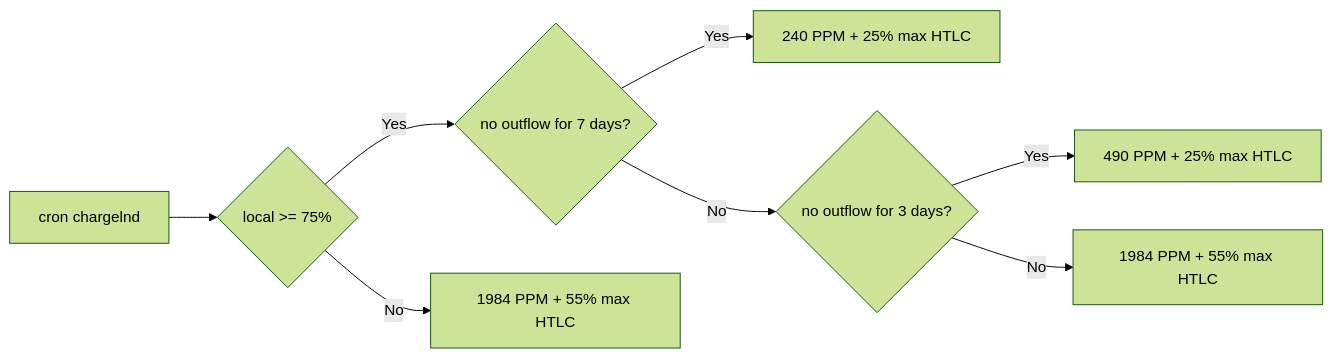
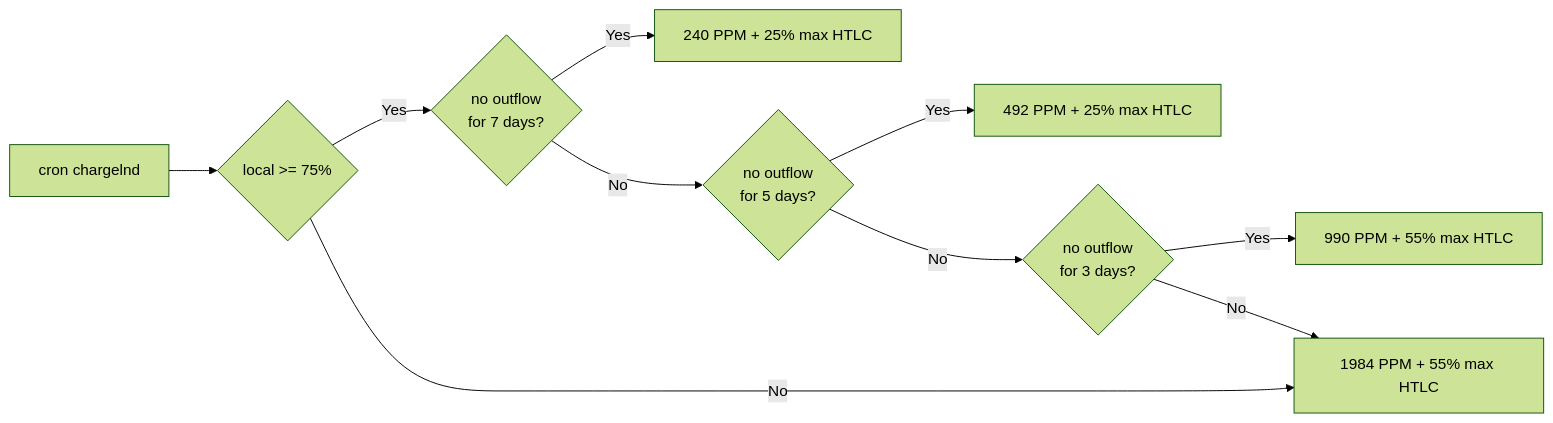
One commit to zapomatic/zap_lnd_tools changed the first of 2 diagrams in README.md. Above: the diagram before and after it, drawn with Mermaid (forest theme). The commit also changed other lines of this file and 1 other file, not shown here.

````diff
--- a/README.md
+++ b/README.md
@@ -48,10 +48,12 @@
 ```mermaid
 flowchart LR
     A[cron chargelnd] --> B{local >= 75%}
-    B -->|Yes| C{no outflow for 7 days?}
-    B -->|No| H[1984 PPM + 55% max HTLC]
-    C -->|Yes| D[240 PPM + 25% max HTLC]
-    C -->|No| E{no outflow for 3 days?}
-    E -->|Yes| F[490 PPM + 25% max HTLC]
-    E -->|No| G[1984 PPM + 55% max HTLC]
+    B -->|Yes| C{no outflow\n for 7 days?}
+    B -->|No| D[1984 PPM + 55% max HTLC]
+    C -->|Yes| E[240 PPM + 25% max HTLC]
+    C -->|No| F{no outflow\n for 5 days?}
+    F -->|Yes| G[492 PPM + 25% max HTLC]
+    F -->|No| H{no outflow\n for 3 days?}
+    H -->|Yes| I[990 PPM + 55% max HTLC]
+    H -->|No| D[1984 PPM + 55% max HTLC]
 ```
````
